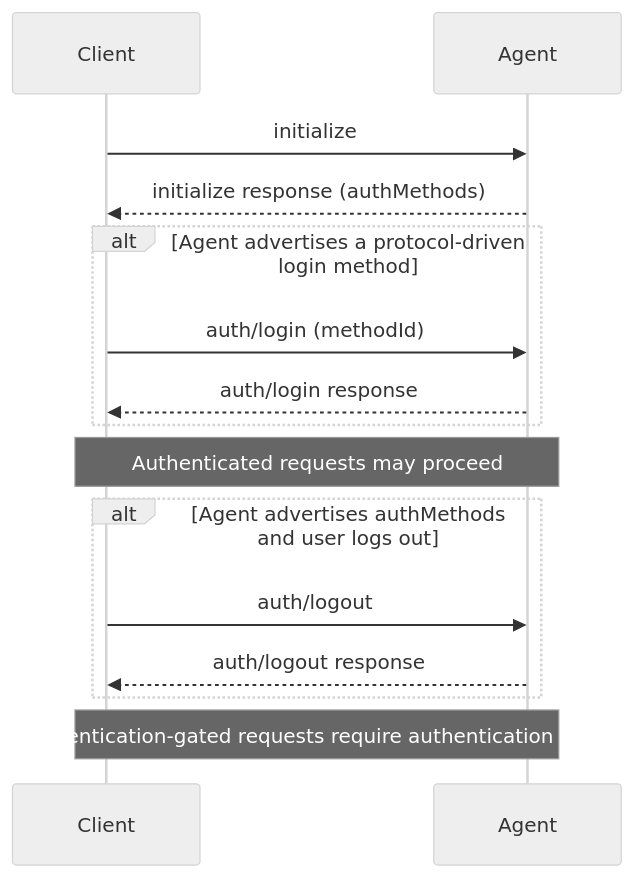
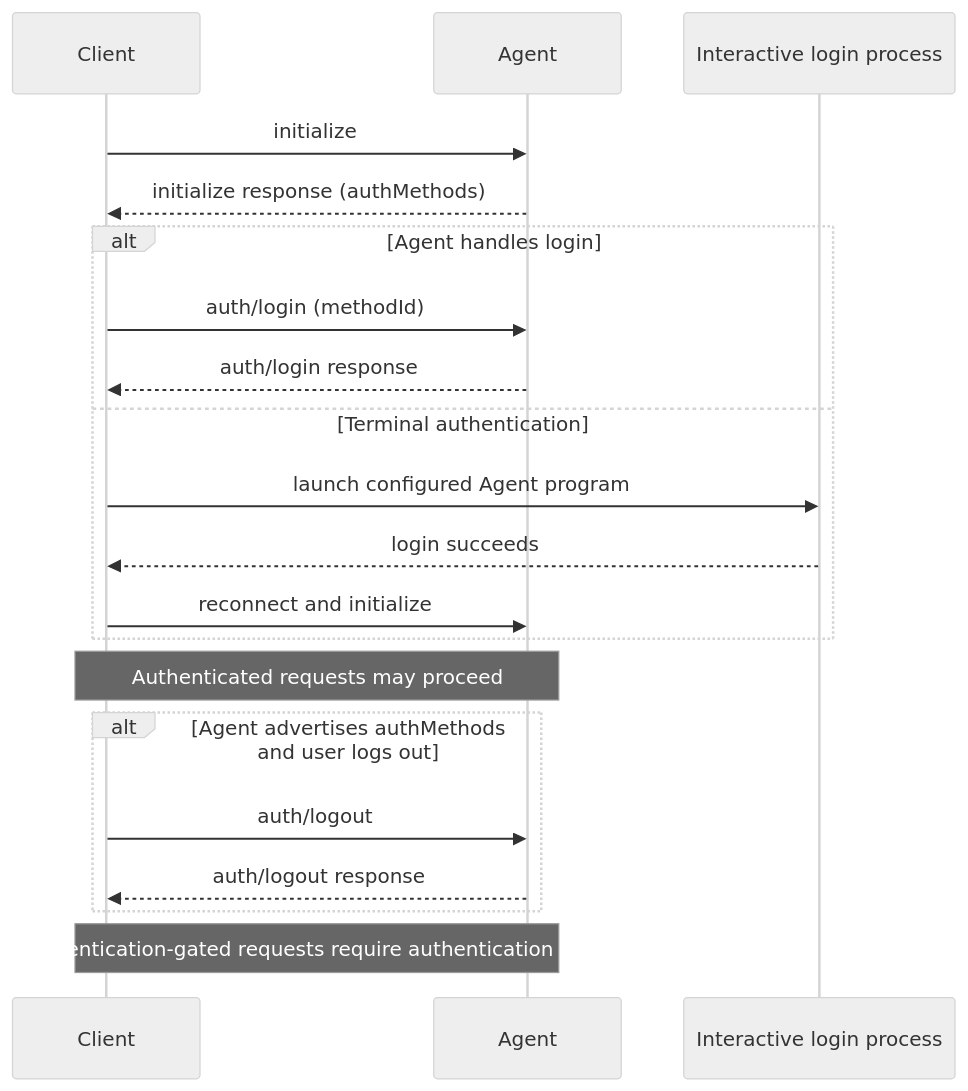
Before and after one commit to dayanruben/agent-client-protocol: the diagram in docs/protocol/v2/authentication.mdx, drawn with Mermaid (neutral theme). The commit also changed other lines of this file and 21 other files, not shown here.

Commit message:
feat(schema): stabilize terminal authentication (#2000)

````diff
--- a/docs/protocol/v2/authentication.mdx
+++ b/docs/protocol/v2/authentication.mdx
@@ -10,22 +14,27 @@
 ```mermaid
 sequenceDiagram
     participant Client
     participant Agent
+    participant Login as Interactive login process
 
     Client->>Agent: initialize
     Agent-->>Client: initialize response (authMethods)
 
-    alt Agent advertises a protocol-driven login method
+    alt Agent handles login
         Client->>Agent: auth/login (methodId)
         Agent-->>Client: auth/login response
+    else Terminal authentication
+        Client->>Login: launch configured Agent program
+        Login-->>Client: login succeeds
+        Client->>Agent: reconnect and initialize
     end
 
     Note over Client,Agent: Authenticated requests may proceed
 
     alt Agent advertises authMethods and user logs out
         Client->>Agent: auth/logout
         Agent-->>Client: auth/logout response
     end
 
     Note over Client,Agent: Authentication-gated requests require authentication again
 ```
````
